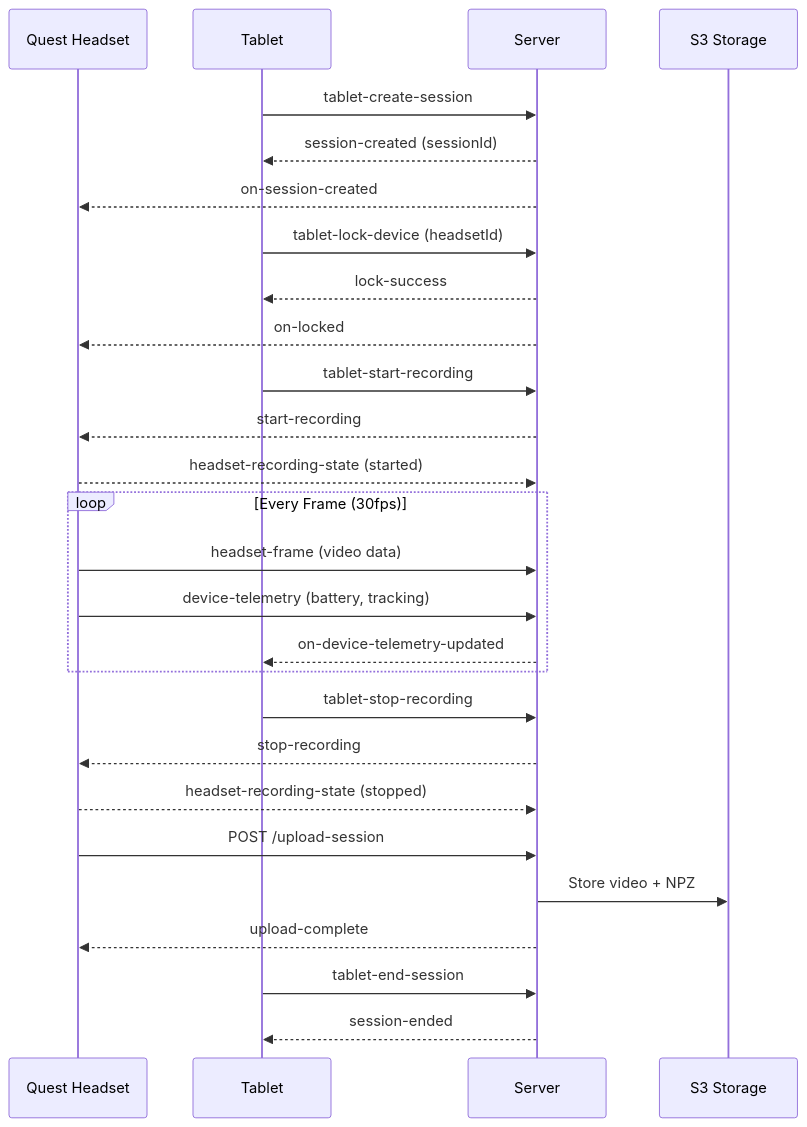
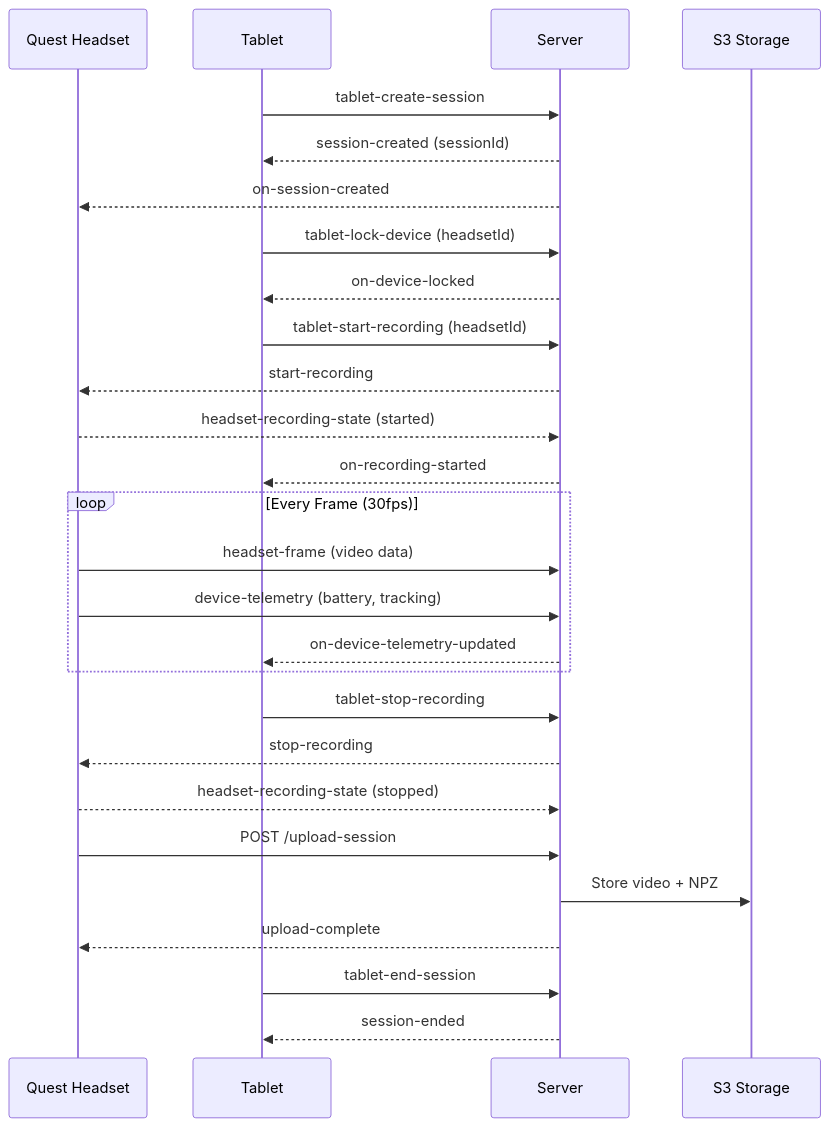
One commit to Turing-Robotics/reporting-dashboard changed the second of 3 diagrams in README.md. Above: the diagram before and after it, drawn with Mermaid. The commit also changed other lines of this file and 7 other files, not shown here.

````diff
--- a/README.md
+++ b/README.md
@@ -63,36 +63,36 @@
 ```mermaid
 sequenceDiagram
     participant H as Quest Headset
     participant T as Tablet
     participant S as Server
     participant DB as S3 Storage
 
     T->>S: tablet-create-session
     S-->>T: session-created (sessionId)
     S-->>H: on-session-created
 
     T->>S: tablet-lock-device (headsetId)
-    S-->>T: lock-success
-    S-->>H: on-locked
+    S-->>T: on-device-locked
 
-    T->>S: tablet-start-recording
+    T->>S: tablet-start-recording (headsetId)
     S-->>H: start-recording
     H-->>S: headset-recording-state (started)
+    S-->>T: on-recording-started
 
     loop Every Frame (30fps)
         H->>S: headset-frame (video data)
         H->>S: device-telemetry (battery, tracking)
         S-->>T: on-device-telemetry-updated
     end
 
     T->>S: tablet-stop-recording
     S-->>H: stop-recording
     H-->>S: headset-recording-state (stopped)
 
     H->>S: POST /upload-session
     S->>DB: Store video + NPZ
     S-->>H: upload-complete
 
     T->>S: tablet-end-session
     S-->>T: session-ended
 ```
````
